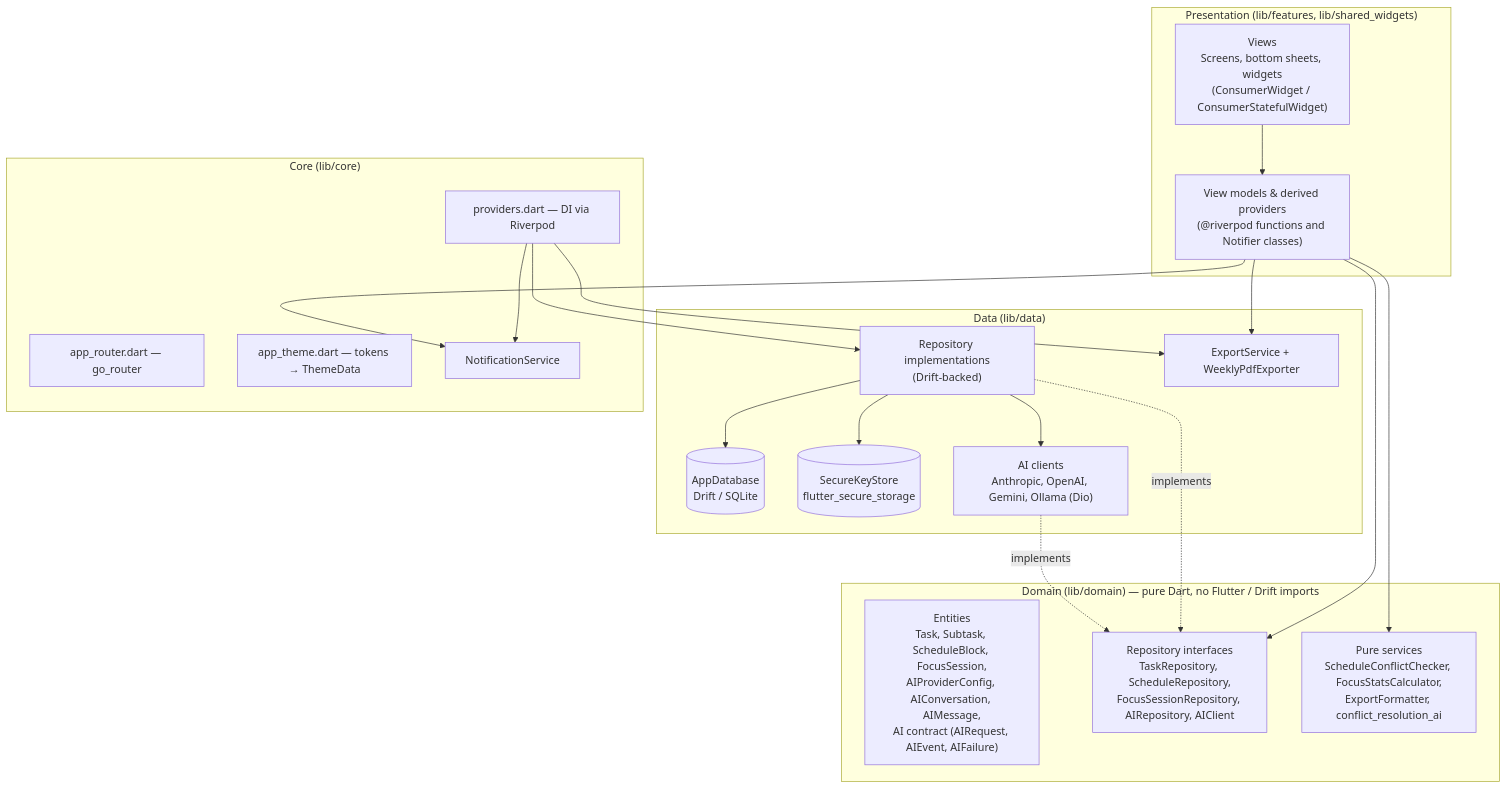
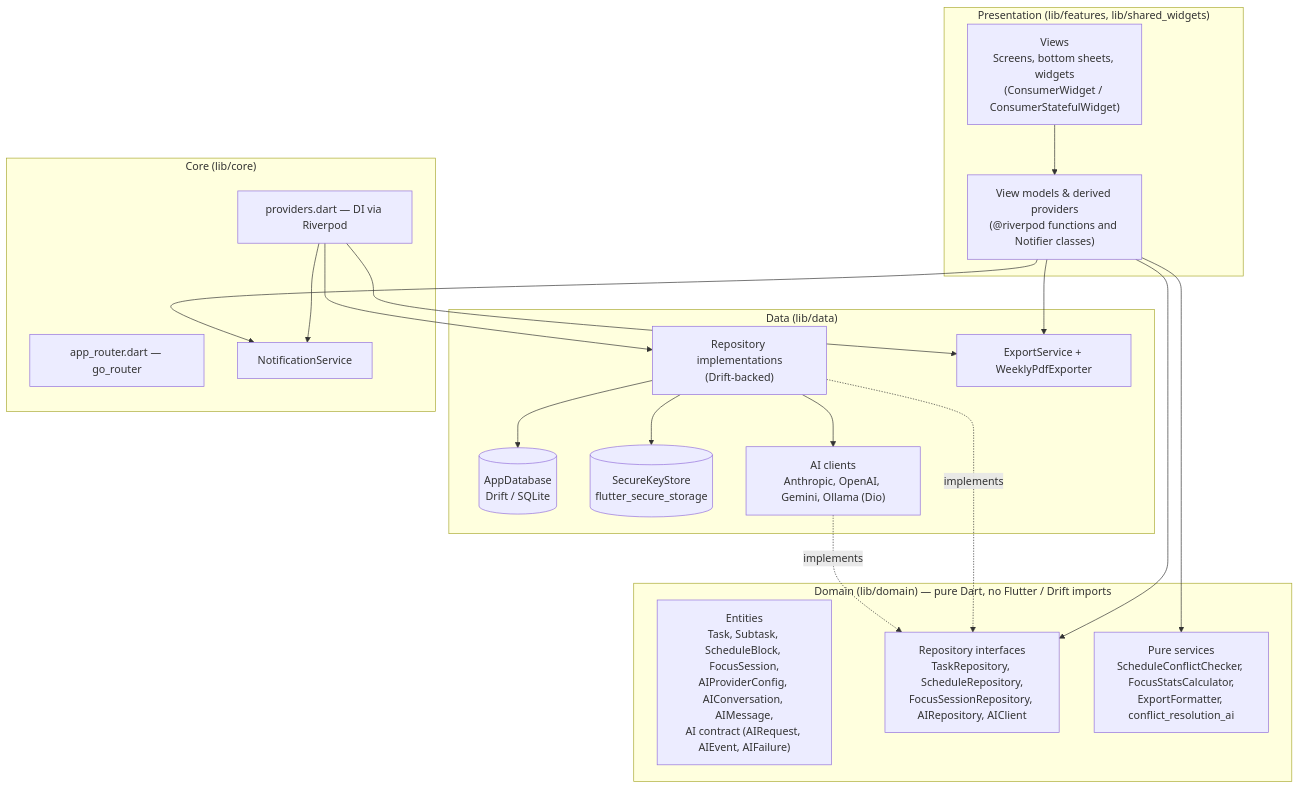
Before and after one commit to DevBehindYou/FLOWLINE: the first of 12 diagrams in PROJECT_OVERVIEW.md, drawn with Mermaid. The commit also changed other lines of this file and 83 other files, not shown here.

First line of the commit message:
feat(design): Atomic design foundation — tokens, theme, fonts (Phase A)

````diff
--- a/PROJECT_OVERVIEW.md
+++ b/PROJECT_OVERVIEW.md
@@ -158,42 +158,41 @@
 ```mermaid
 flowchart TB
     subgraph Presentation["Presentation (lib/features, lib/shared_widgets)"]
         V["Views<br/>Screens, bottom sheets, widgets<br/>(ConsumerWidget / ConsumerStatefulWidget)"]
         VM["View models & derived providers<br/>(@riverpod functions and Notifier classes)"]
     end
 
     subgraph Domain["Domain (lib/domain) — pure Dart, no Flutter / Drift imports"]
         E["Entities<br/>Task, Subtask, ScheduleBlock, FocusSession,<br/>AIProviderConfig, AIConversation, AIMessage,<br/>AI contract (AIRequest, AIEvent, AIFailure)"]
         RI["Repository interfaces<br/>TaskRepository, ScheduleRepository,<br/>FocusSessionRepository, AIRepository, AIClient"]
         S["Pure services<br/>ScheduleConflictChecker, FocusStatsCalculator,<br/>ExportFormatter, conflict_resolution_ai"]
     end
 
     subgraph Data["Data (lib/data)"]
         R["Repository implementations<br/>(Drift-backed)"]
         DB[("AppDatabase<br/>Drift / SQLite")]
         SK[("SecureKeyStore<br/>flutter_secure_storage")]
         AI["AI clients<br/>Anthropic, OpenAI, Gemini, Ollama (Dio)"]
         EX["ExportService + WeeklyPdfExporter"]
     end
 
     subgraph Core["Core (lib/core)"]
         P["providers.dart — DI via Riverpod"]
         RT["app_router.dart — go_router"]
-        TH["app_theme.dart — tokens → ThemeData"]
         NS["NotificationService"]
     end
 
     V --> VM
     VM --> RI
     VM --> S
     R -.implements.-> RI
     AI -.implements.-> RI
     R --> DB
     R --> SK
     R --> AI
     P --> R
     P --> NS
     P --> EX
     VM --> NS
     VM --> EX
 ```
````
